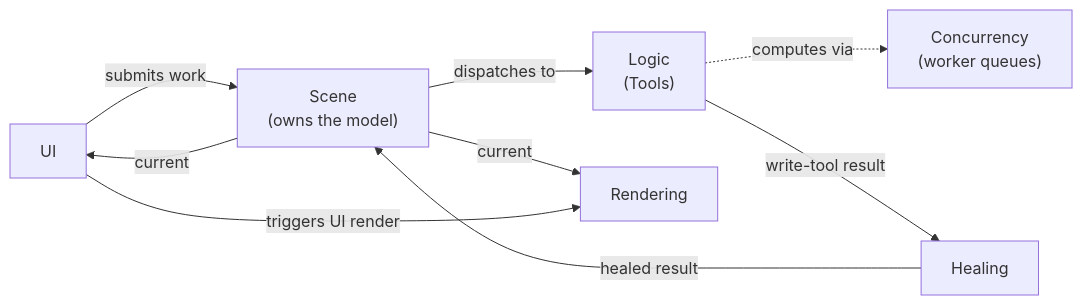
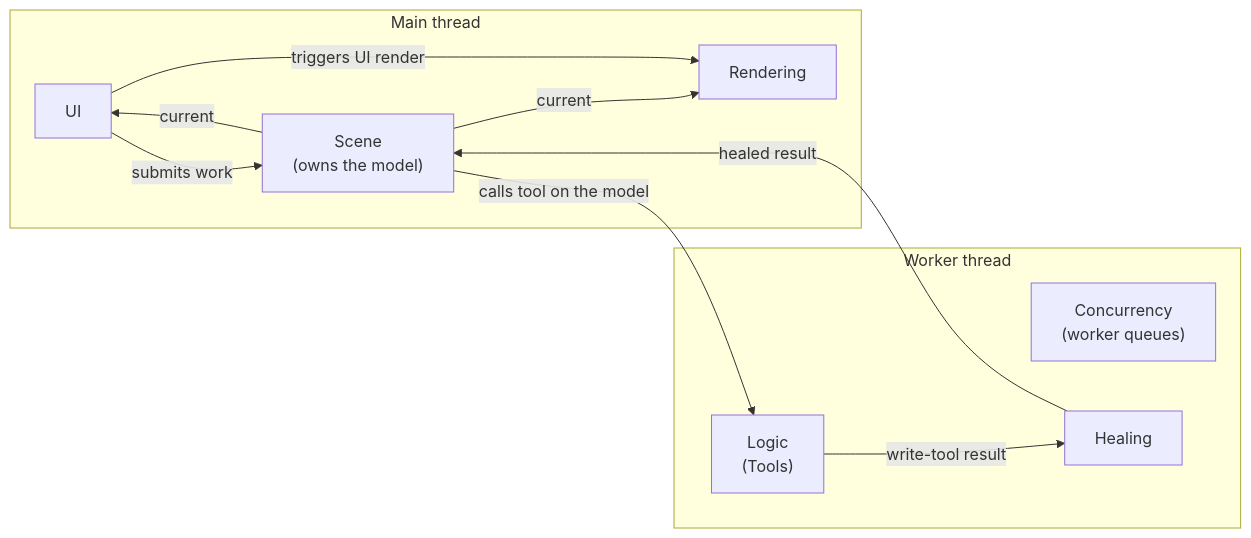
One commit to NikolaiIFedorov/3d-print-analyser changed the first of 6 diagrams in docs/architecture.md. Above: the diagram before and after it, drawn with Mermaid. The commit also changed 1 other file, not shown here.

Commit message:
Sections

````diff
--- a/docs/architecture.md
+++ b/docs/architecture.md
@@ -54,18 +54,21 @@
 ```mermaid
 flowchart LR
+    subgraph Main["Main thread"]
     UI["UI"]
     Scene["Scene<br/>(owns the model)"]
+    Rendering["Rendering"]
+    end
+    subgraph Worker["Worker thread"]
     Logic["Logic<br/>(Tools)"]
     Concurrency["Concurrency<br/>(worker queues)"]
     Healing["Healing"]
-    Rendering["Rendering"]
+    end
 
     UI -- "submits work" --> Scene
-    Scene -- "dispatches to" --> Logic
-    Logic -. "computes via" .-> Concurrency
+    Scene -- "calls tool on the model" --> Logic
     Logic -- "write-tool result" --> Healing
     Healing -- "healed result" --> Scene
     Scene -- "current" --> Rendering
     Scene -- "current" --> UI
     UI -- "triggers UI render" --> Rendering
 ```
````
